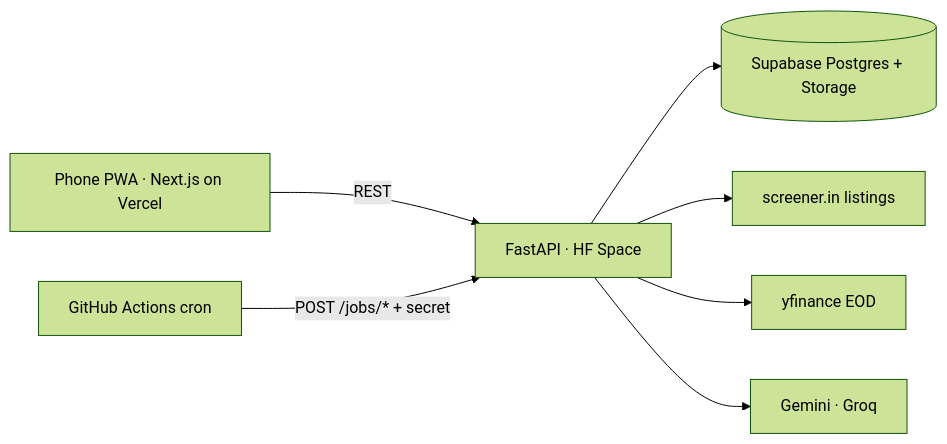
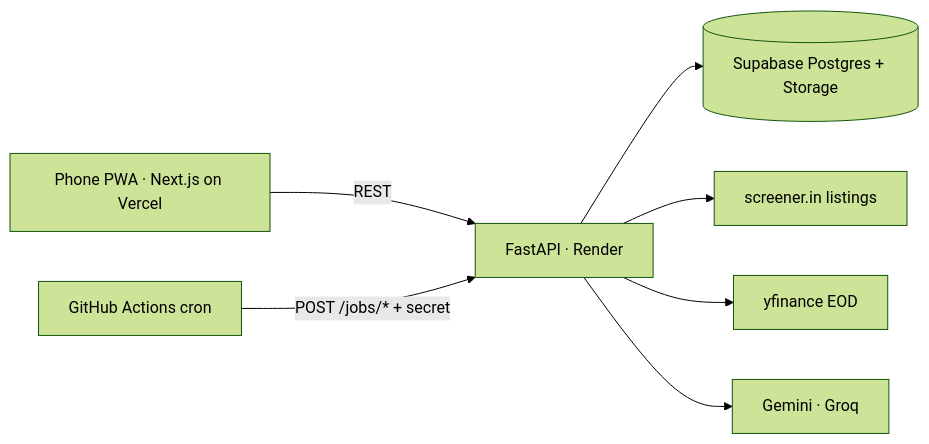
One commit to sahityaiitd-ml/finn changed the diagram in README.md. Above: the diagram before and after it, drawn with Mermaid (forest theme). The commit also changed other lines of this file and 9 other files, not shown here.

Commit message:
chore: deploy the API on Render (Hugging Face Docker Spaces are now paid)

````diff
--- a/README.md
+++ b/README.md
@@ -41,9 +41,9 @@
 ```mermaid
 flowchart LR
-  U[Phone PWA · Next.js on Vercel] -->|REST| API[FastAPI · HF Space]
+  U[Phone PWA · Next.js on Vercel] -->|REST| API[FastAPI · Render]
   GH[GitHub Actions cron] -->|POST /jobs/* + secret| API
   API --> DB[(Supabase Postgres + Storage)]
   API --> SC[screener.in listings]
   API --> YF[yfinance EOD]
   API --> LLM[Gemini · Groq]
 ```
````
